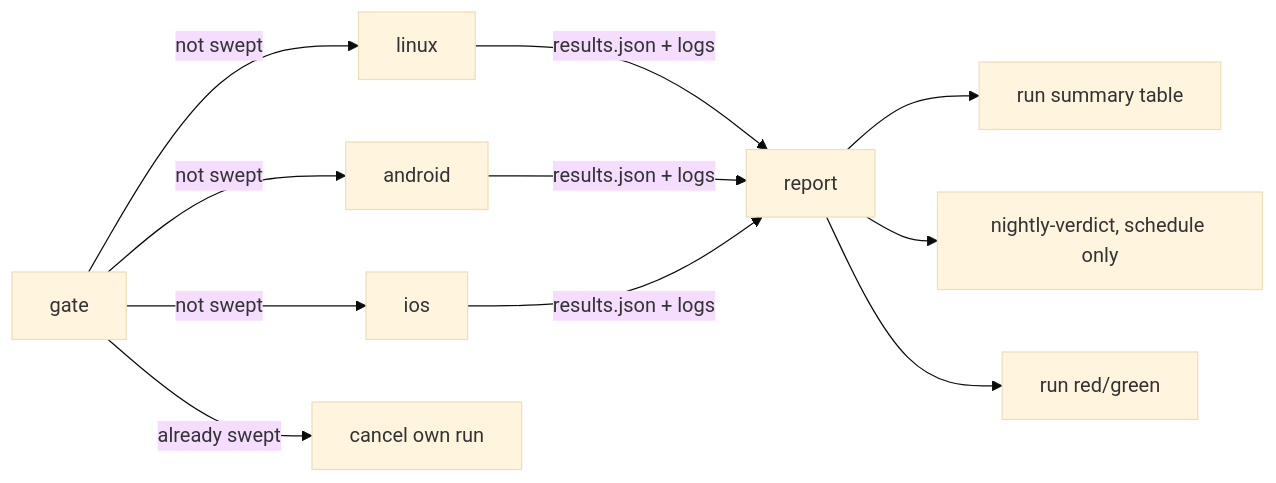
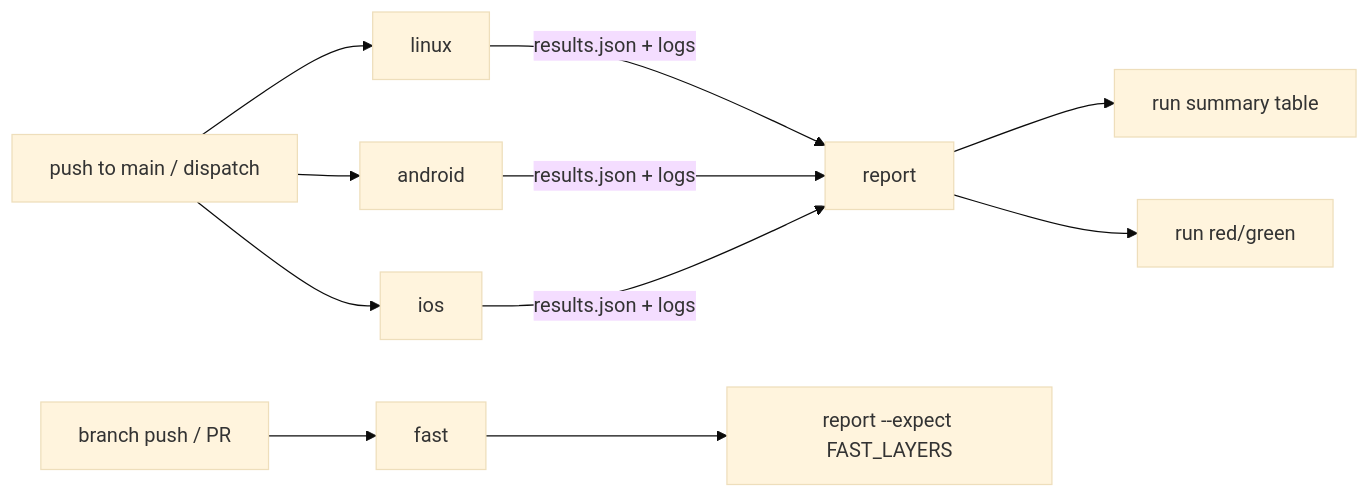
The diagram in specs/C5-continuous-integration-design.md (josephsilcock/skimapper), drawn with Mermaid (base theme) before and after one commit. The commit also changed other lines of this file and 1 other file, not shown here.

First line of the commit message:
docs: amend C5 spec and design — public repo, PR-only main, no nightly

````diff
--- a/specs/C5-continuous-integration-design.md
+++ b/specs/C5-continuous-integration-design.md
@@ -155,7 +167,7 @@
 ```mermaid
 flowchart LR
-  gate -->|not swept| linux & android & ios
-  gate -->|already swept| cancel[cancel own run]
+  push_main[push to main / dispatch] --> linux & android & ios
   linux & android & ios -->|results.json + logs| report
-  report --> summary[run summary table] & marker[nightly-verdict, schedule only] & exit[run red/green]
+  report --> summary[run summary table] & exit[run red/green]
+  branch[branch push / PR] --> fast --> fastreport[report --expect FAST_LAYERS]
 ```
````
